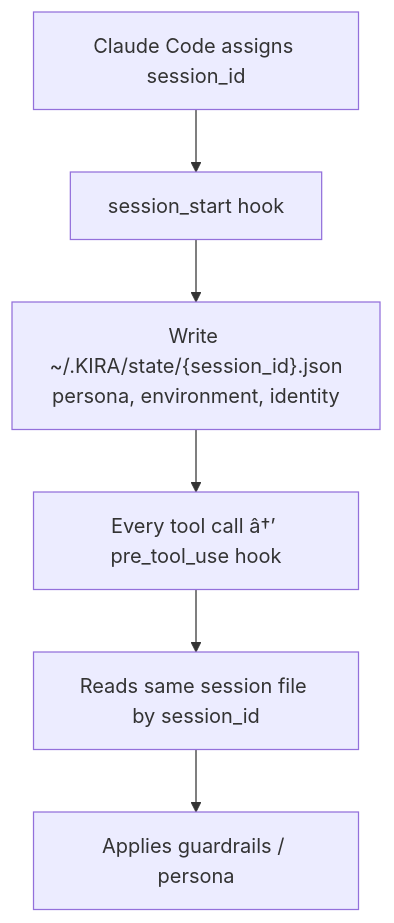
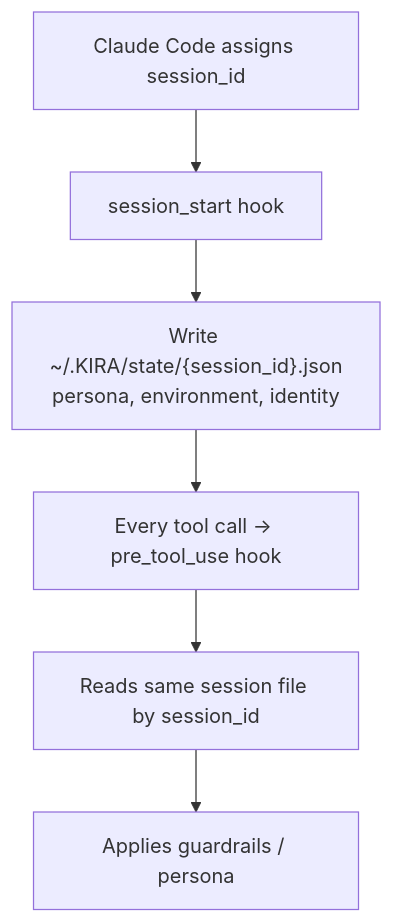
Diagram 31 of 32 in interview/QnA.md (dnyanesh-k/notes), drawn with Mermaid before and after one commit. The commit also changed other lines of this file and 1 other file, not shown here.

````diff
--- a/interview/QnA.md
+++ b/interview/QnA.md
@@ -3379,8 +3471,8 @@
 ```mermaid
 flowchart TB
     A["Claude Code assigns session_id"] --> B["session_start hook"]
     B --> C["Write ~/.KIRA/state/{session_id}.json\npersona, environment, identity"]
-    C --> D["Every tool call â†’ pre_tool_use hook"]
+    C --> D["Every tool call → pre_tool_use hook"]
     D --> E["Reads same session file by session_id"]
     E --> F["Applies guardrails / persona"]
 ```
````
